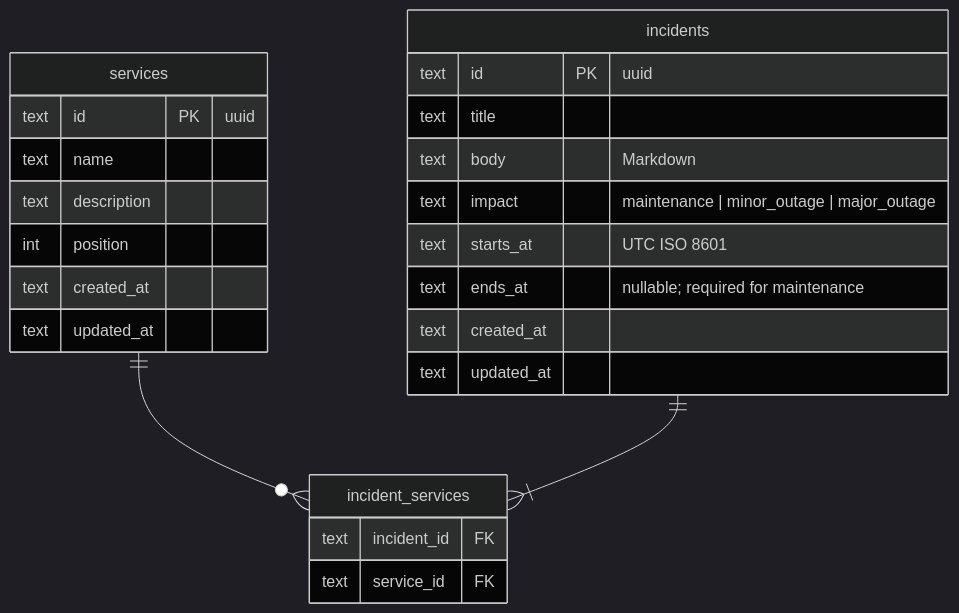
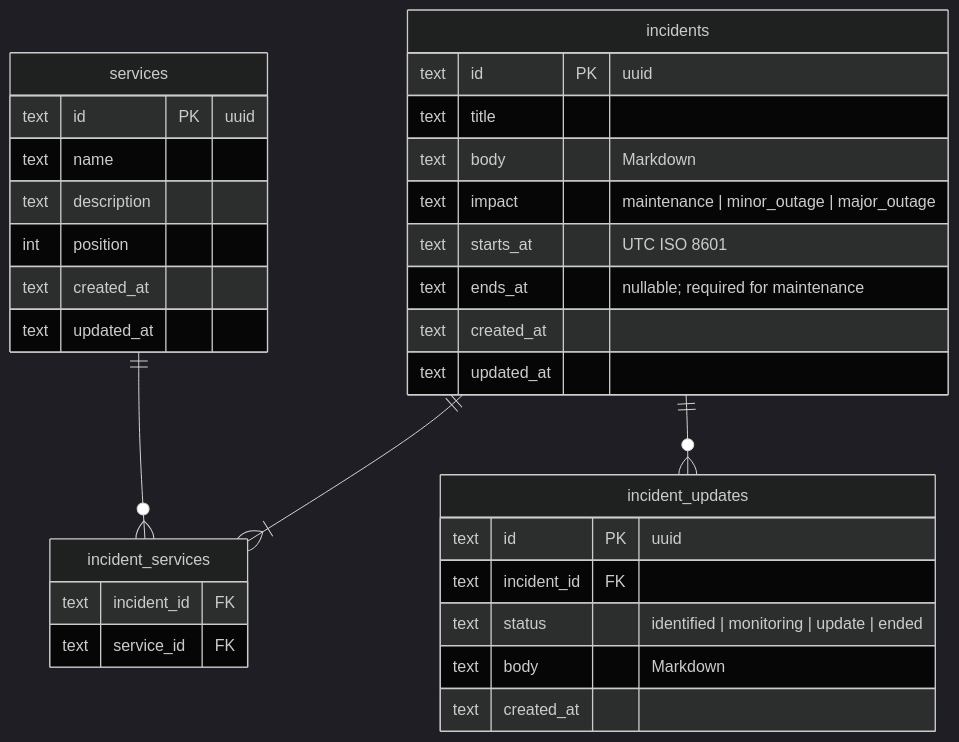
Before and after one commit to Pryx/simple-status: the second of 3 diagrams in docs/plan.md, drawn with Mermaid (dark theme). The commit also changed other lines of this file and 47 other files, not shown here.

````diff
--- a/docs/plan.md
+++ b/docs/plan.md
@@ -52,27 +57,35 @@
 ```mermaid
 erDiagram
     services ||--o{ incident_services : ""
     incidents ||--|{ incident_services : ""
+    incidents ||--o{ incident_updates : ""
     services {
         text id PK "uuid"
         text name
         text description
         int position
         text created_at
         text updated_at
     }
     incidents {
         text id PK "uuid"
         text title
         text body "Markdown"
         text impact "maintenance | minor_outage | major_outage"
         text starts_at "UTC ISO 8601"
         text ends_at "nullable; required for maintenance"
         text created_at
         text updated_at
     }
     incident_services {
         text incident_id FK
         text service_id FK
     }
+    incident_updates {
+        text id PK "uuid"
+        text incident_id FK
+        text status "identified | monitoring | update | ended"
+        text body "Markdown"
+        text created_at
+    }
 ```
````
